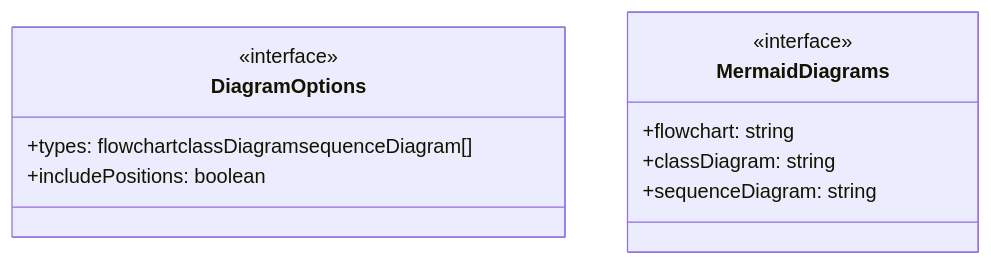
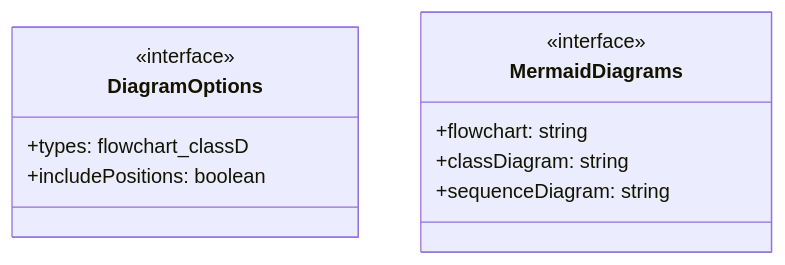
One commit to Mekann2904/mekann changed the first of 2 diagrams in ABDD/.pi/extensions/code-structure-analyzer/tools/generate-diagrams.md. Above: the diagram before and after it, drawn with Mermaid. The commit also changed other lines of this file and 174 other files, not shown here.

First line of the commit message:
fix(docs): ABDDのMermaid図生成エラーを修正する

````diff
--- a/ABDD/.pi/extensions/code-structure-analyzer/tools/generate-diagrams.md
+++ b/ABDD/.pi/extensions/code-structure-analyzer/tools/generate-diagrams.md
@@ -34,14 +34,14 @@
 ```mermaid
 classDiagram
   class DiagramOptions {
     <<interface>>
-    +types: flowchartclassDiagramsequenceDiagram[]
+    +types: flowchart_classD
     +includePositions: boolean
   }
   class MermaidDiagrams {
     <<interface>>
     +flowchart: string
     +classDiagram: string
     +sequenceDiagram: string
   }
 ```
````
